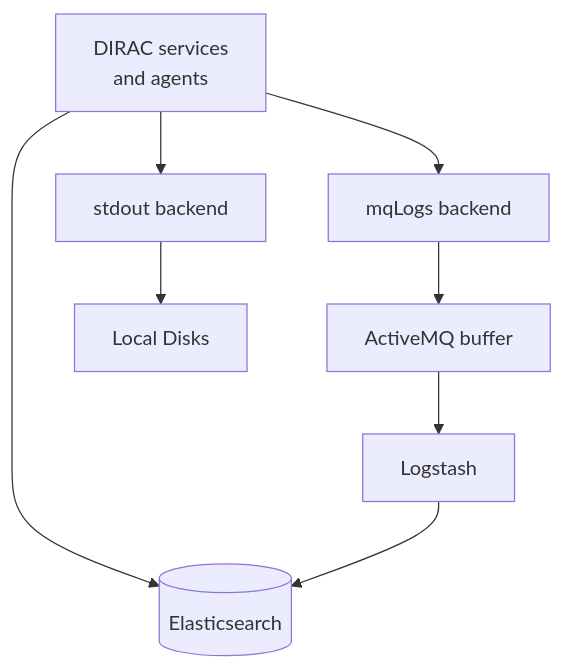
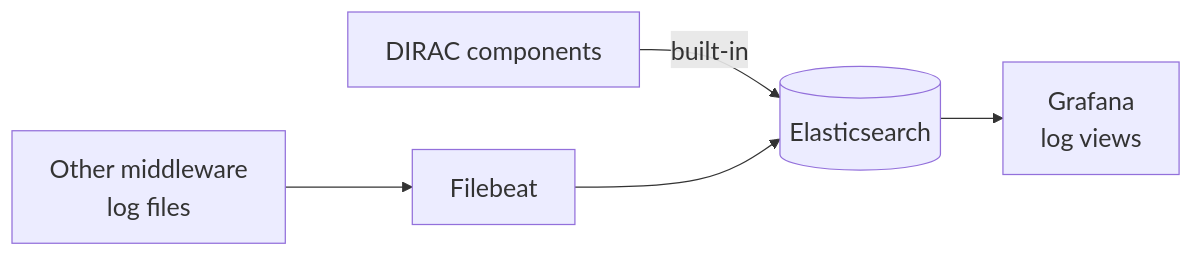
The fourth of 4 diagrams in slides.md (hanx-hep/2026-cepc-dci), drawn with Mermaid before and after one commit. The commit also changed other lines of this file and 2 other files, not shown here.

Commit message:
feat: reorganize Grafana, probing, alerting and middleware slides

````diff
--- a/slides.md
+++ b/slides.md
@@ -346,10 +357,7 @@
-```mermaid {scale: 0.52}
-flowchart TD
-    A[DIRAC services<br/>and agents] --> E[(Elasticsearch)]
-    A --> B[mqLogs backend]
-    A --> G[stdout backend]
-    B --> C[ActiveMQ buffer]
-    C --> D[Logstash]
-    D --> E
-    G --> H[Local Disks]
+```mermaid {scale: 0.56}
+%%{init: {"themeVariables": {"fontSize": "20px"}}}%%
+flowchart LR
+    A[DIRAC components] -->|built-in| E[(Elasticsearch)]
+    B[Other middleware<br/>log files] --> C[Filebeat] --> E
+    E --> D[Grafana<br/>log views]
 ```
````
